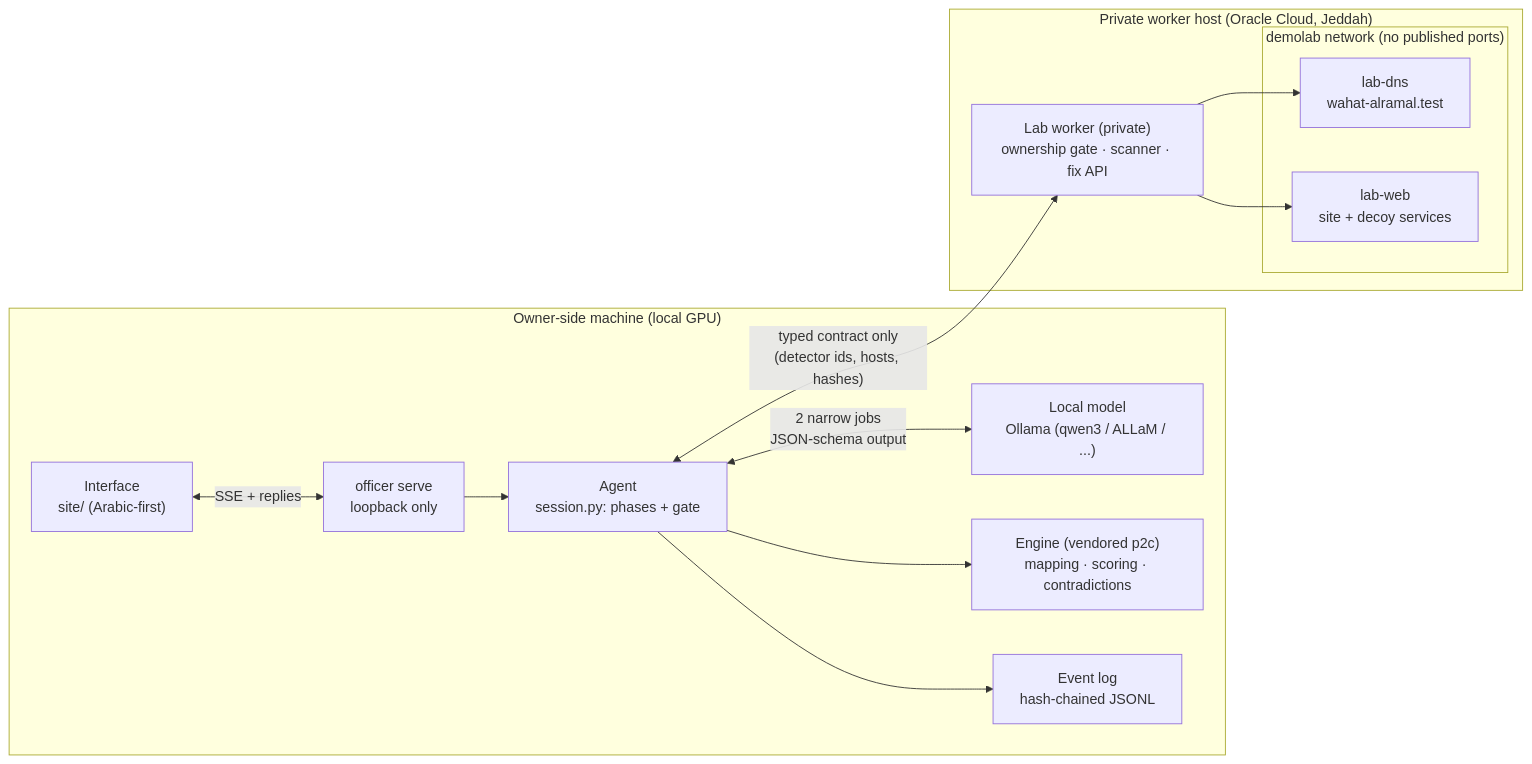
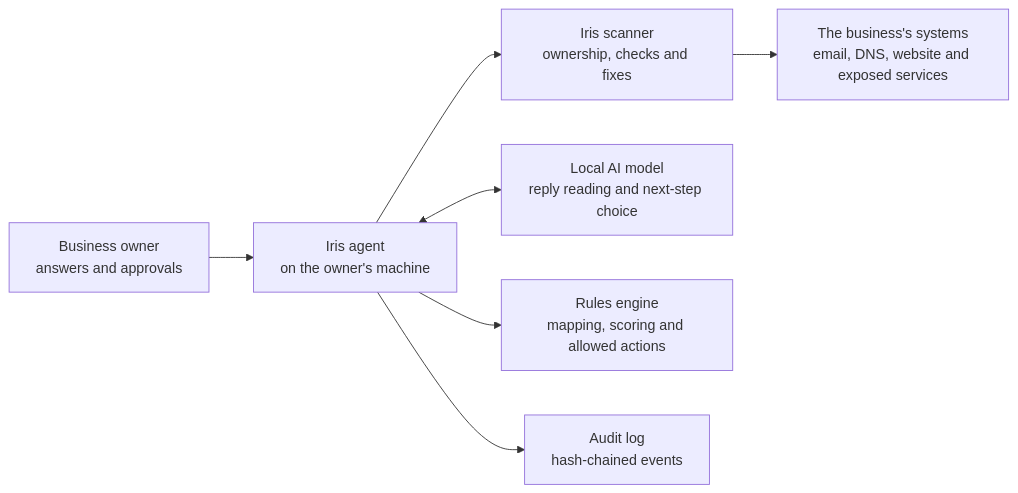
The diagram in docs/ARCHITECTURE.md (AlJasser-AlGhamdi/IRIS), drawn with Mermaid before and after one commit. The commit also changed other lines of this file and 37 other files, not shown here.

Commit message:
IRIS: final judging update (deck-aligned README, architecture, presenter and reports)

````diff
--- a/docs/ARCHITECTURE.md
+++ b/docs/ARCHITECTURE.md
@@ -3,20 +3,9 @@
 ```mermaid
 flowchart LR
-  subgraph PC["Owner-side machine (local GPU)"]
-    UI["Interface<br/>site/ (Arabic-first)"] <-->|SSE + replies| SRV["officer serve<br/>loopback only"]
-    SRV --> AG["Agent<br/>session.py: phases + gate"]
-    AG <-->|"2 narrow jobs<br/>JSON-schema output"| LLM["Local model<br/>Ollama (qwen3 / ALLaM / ...)"]
-    AG --> ENG["Engine (vendored p2c)<br/>mapping · scoring · contradictions"]
-    AG --> LOG["Event log<br/>hash-chained JSONL"]
-  end
-  subgraph JED["Private worker host (Oracle Cloud, Jeddah)"]
-    W["Lab worker (private)<br/>ownership gate · scanner · fix API"]
-    subgraph LAB["demolab network (no published ports)"]
-      DNS["lab-dns<br/>wahat-alramal.test"]
-      WEB["lab-web<br/>site + decoy services"]
-    end
-    W --> DNS
-    W --> WEB
-  end
-  AG <-->|"typed contract only<br/>(detector ids, hosts, hashes)"| W
+  OWNER["Business owner<br/>answers and approvals"] --> AGENT["Iris agent<br/>on the owner's machine"]
+  AGENT --> SCANNER["Iris scanner<br/>ownership, checks and fixes"]
+  SCANNER --> SYSTEMS["The business's systems<br/>email, DNS, website and exposed services"]
+  AGENT <--> MODEL["Local AI model<br/>reply reading and next-step choice"]
+  AGENT --> ENGINE["Rules engine<br/>mapping, scoring and allowed actions"]
+  AGENT --> LOG["Audit log<br/>hash-chained events"]
 ```
````
